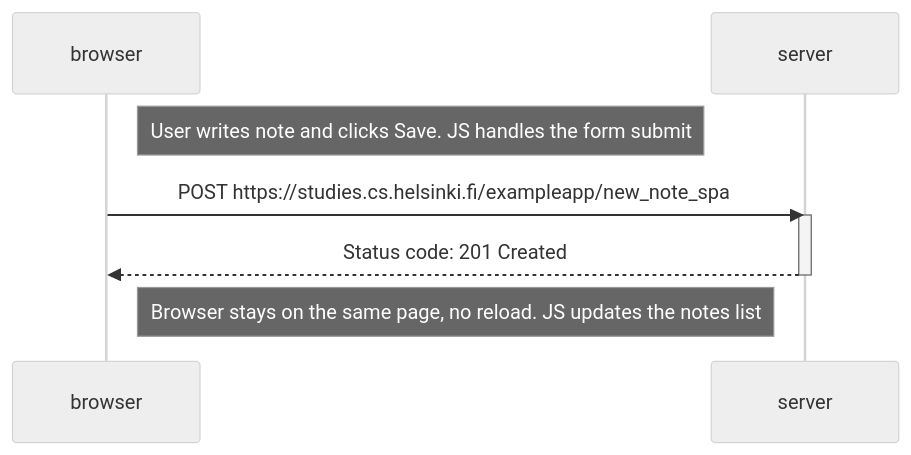
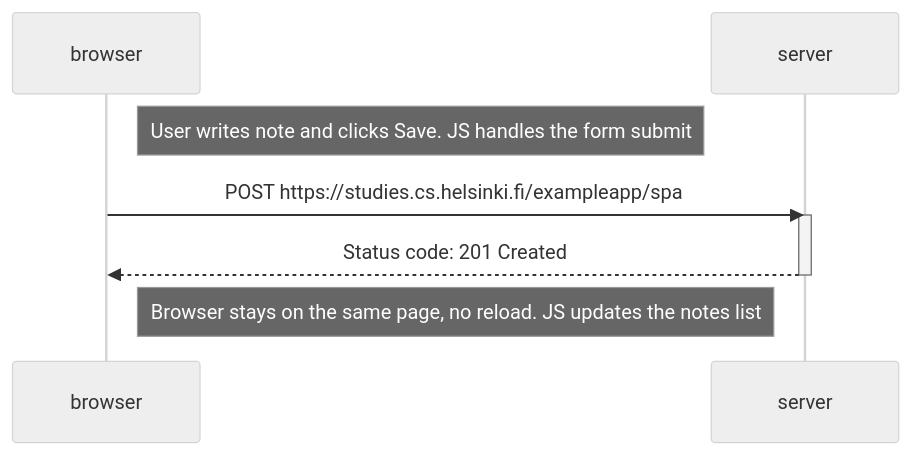
One commit to jakariyaa/fullstackopen changed the diagram in part0/0.6.md. Above: the diagram before and after it, drawn with Mermaid (neutral theme). The commit also changed 7 other files, not shown here.

````diff
--- a/part0/0.6.md
+++ b/part0/0.6.md
@@ -3,15 +3,15 @@
 ```mermaid
 sequenceDiagram
     participant browser
     participant server
 
     Note right of browser: User writes note and clicks Save. JS handles the form submit
 
-    browser->>server: POST https://studies.cs.helsinki.fi/exampleapp/new_note_spa
+    browser->>server: POST https://studies.cs.helsinki.fi/exampleapp/spa
     activate server
     server-->>browser: Status code: 201 Created
     deactivate server
 
     Note right of browser: Browser stays on the same page, no reload. JS updates the notes list
 
 ```
````
